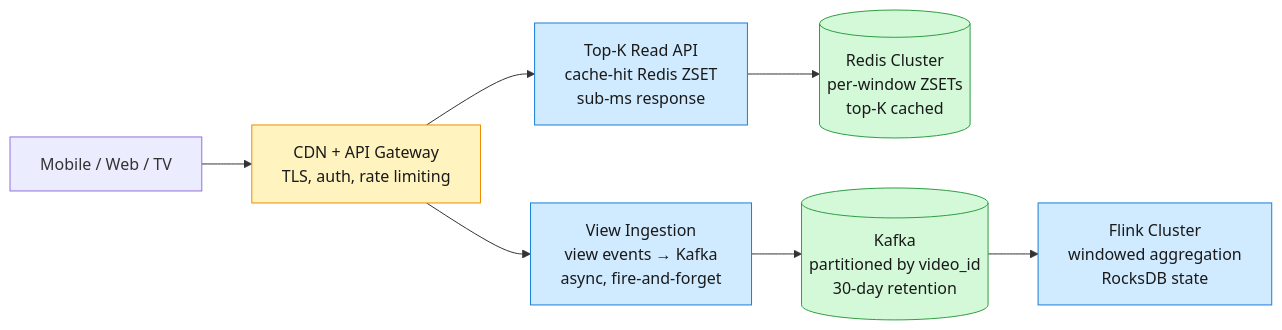
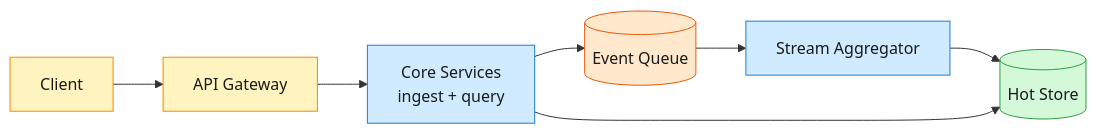
The first of 2 diagrams in _posts/2026-06-30-system-design-top-k.md (iliazlobin/iliazlobin.github.io), drawn with Mermaid before and after one commit. The commit also changed other lines of this file and 45 other files, not shown here.

First line of the commit message:
Republish all posts from Notion: fix mermaid errors, drop §7 Trade-offs (#88)

````diff
--- a/_posts/2026-06-30-system-design-top-k.md
+++ b/_posts/2026-06-30-system-design-top-k.md
@@ -18,17 +18,14 @@
 ```mermaid
-flowchart LR
-    Client["Mobile / Web / TV"] --> Edge["CDN + API Gateway<br/>TLS, auth, rate limiting"]
-    Edge --> ReadAPI["Top-K Read API<br/>cache-hit Redis ZSET<br/>sub-ms response"]
-    Edge --> WriteAPI["View Ingestion<br/>view events → Kafka<br/>async, fire-and-forget"]
-    ReadAPI --> Redis[("Redis Cluster<br/>per-window ZSETs<br/>top-K cached")]
-    WriteAPI --> Kafka[("Kafka<br/>partitioned by video_id<br/>30-day retention")]
-    Kafka --> Flink["Flink Cluster<br/>windowed aggregation<br/>RocksDB state"]
+graph LR
+    classDef edge fill:#fff3bf,stroke:#f08c00,color:#1a1a1a;
+    classDef svc fill:#d0ebff,stroke:#1c7ed6,color:#1a1a1a;
+    classDef store fill:#d3f9d8,stroke:#2f9e44,color:#1a1a1a;
+    classDef async fill:#ffe8cc,stroke:#e8590c,color:#1a1a1a;
 
-    classDef edge fill:#fff3bf,stroke:#f08c00,color:#1a1a1a
-    classDef svc fill:#d0ebff,stroke:#1c7ed6,color:#1a1a1a
-    classDef store fill:#d3f9d8,stroke:#2f9e44,color:#1a1a1a
-    classDef async fill:#ffe8cc,stroke:#e8590c,color:#1a1a1a
-    class Edge edge
-    class ReadAPI,WriteAPI,Flink svc
-    class Redis,Kafka store
+    Client[Client]:::edge --> Gateway[API Gateway]:::edge
+    Gateway --> Core[Core Services<br/>ingest + query]:::svc
+    Core --> Queue[(Event Queue)]:::async
+    Queue --> Aggregator[Stream Aggregator]:::svc
+    Aggregator --> HotStore[(Hot Store)]:::store
+    Core --> HotStore
 ```
````
